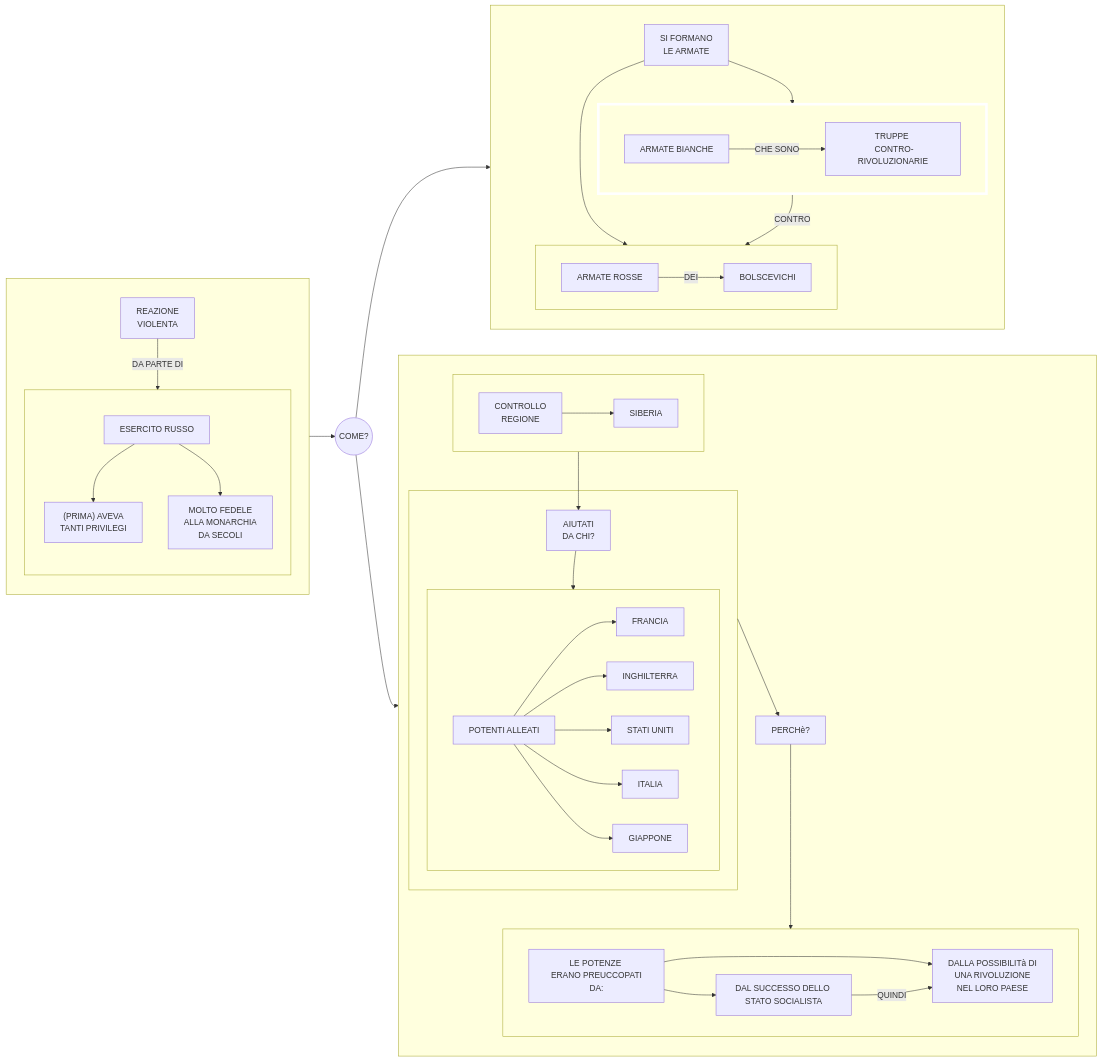
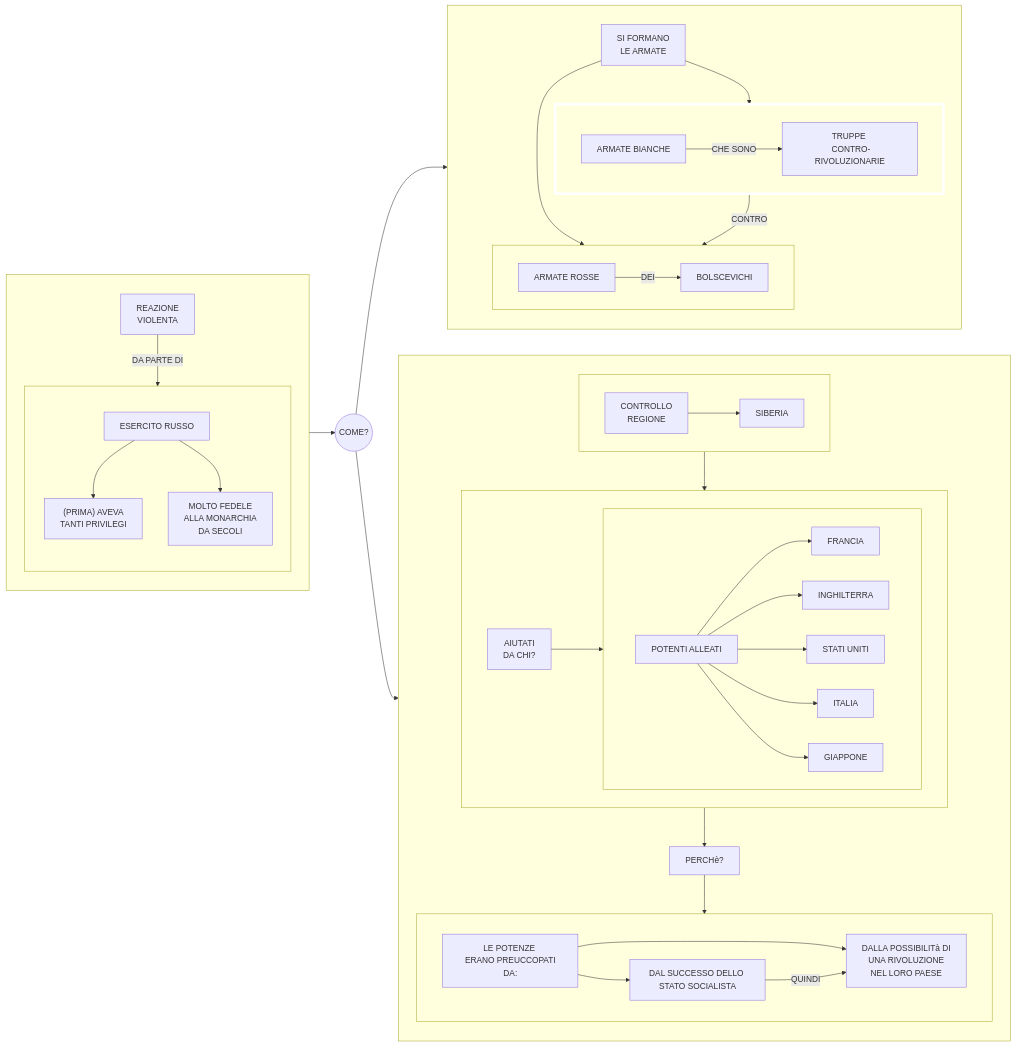
The sixth of 6 diagrams in stalinismo.md (Laaouatni/ricerca-storia-MermaidJS), drawn with Mermaid before and after one commit.

````diff
--- a/stalinismo.md
+++ b/stalinismo.md
@@ -238,62 +238,63 @@
 ```mermaid
 flowchart LR
     subgraph 020[" "]
         0200[REAZIONE <br> VIOLENTA]
         subgraph 021[" "]
             direction TB;
             0210[ESERCITO RUSSO]
             02100["(PRIMA) AVEVA <BR> TANTI PRIVILEGI"]
             02101[MOLTO FEDELE <BR> ALLA MONARCHIA <BR> DA SECOLI]
             0210 --> 02100 & 02101
         end
         0200 -->|DA PARTE DI| 021
     end
     04((COME?))
     04 --> 1 & 2
     020 --> 04  
     subgraph 1[" "]
         10[SI FORMANO <br> LE ARMATE]
         subgraph 100[" "]
             1000[ARMATE BIANCHE]
             10000[TRUPPE <BR> CONTRO-RIVOLUZIONARIE]
             1000 -->|CHE SONO| 10000
         end
         style 100 stroke:#FFFFFF, stroke-width:5px;
         subgraph 101[" "]
             1010[ARMATE ROSSE]
             10100[BOLSCEVICHI]
             1010 -->|DEI| 10100
         end
         10 --> 100 & 101
         100 --> |CONTRO| 101
     end
     subgraph 2[" "]
         subgraph 20[" "]
             200[CONTROLLO <br> REGIONE]
             2000[SIBERIA]
             200 --> 2000
         end
         subgraph 24[" "]
             21[AIUTATI <br> DA CHI?]
             subgraph 22[" "]
                 23[POTENTI ALLEATI]
                 230[FRANCIA]
                 231[INGHILTERRA]
                 232[STATI UNITI]
                 233[ITALIA]
                 234[GIAPPONE]
                 23 --> 230 & 231 & 232 & 233 & 234
             end
         end
         26["PERCHè?"]
         subgraph 25[" "]
             250[LE POTENZE <BR> ERANO PREUCCOPATI DA:]
             2500[DAL SUCCESSO DELLO STATO SOCIALISTA]
             2501[DALLA POSSIBILITà DI <BR> UNA RIVOLUZIONE <BR> NEL LORO PAESE]
             250 --> 2500 & 2501
             2500 -->|QUINDI| 2501
         end
-        20 --> 21 --> 22
+        20 --> 24
+        21 --> 22
         24 --> 26 --> 25
     end
 ```
````
